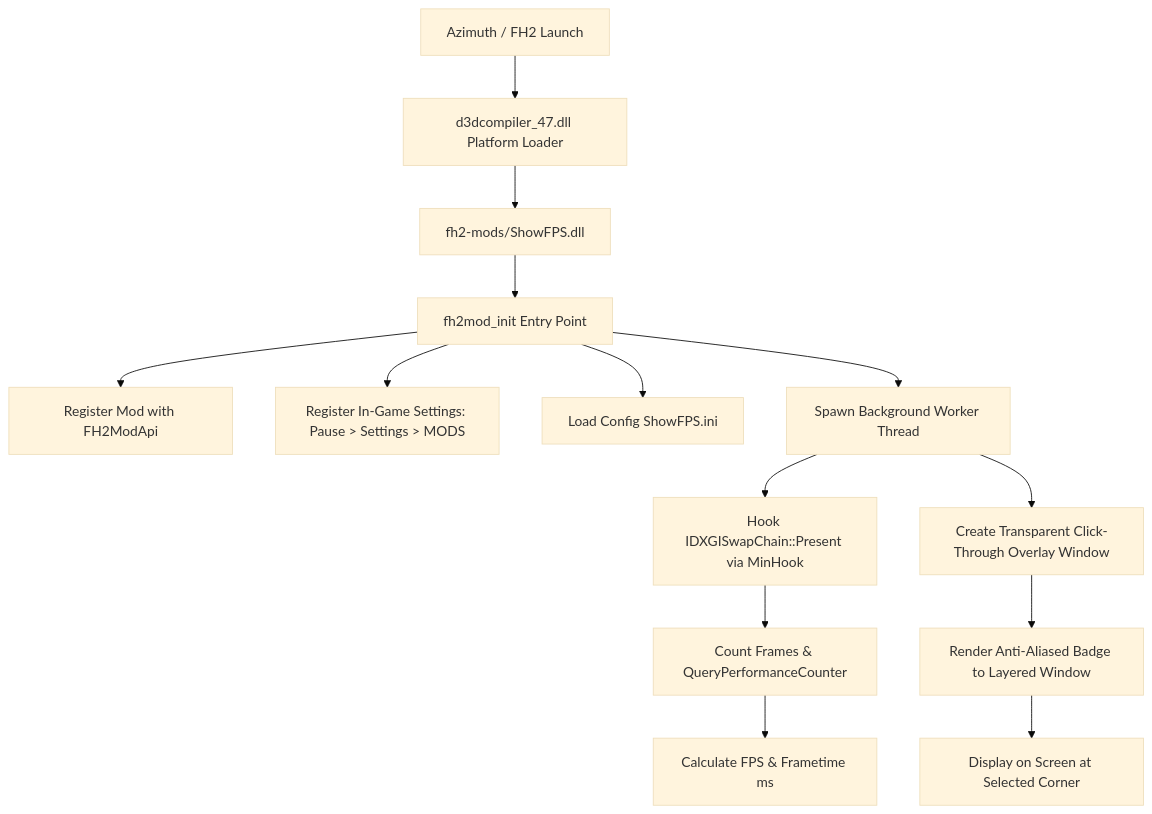
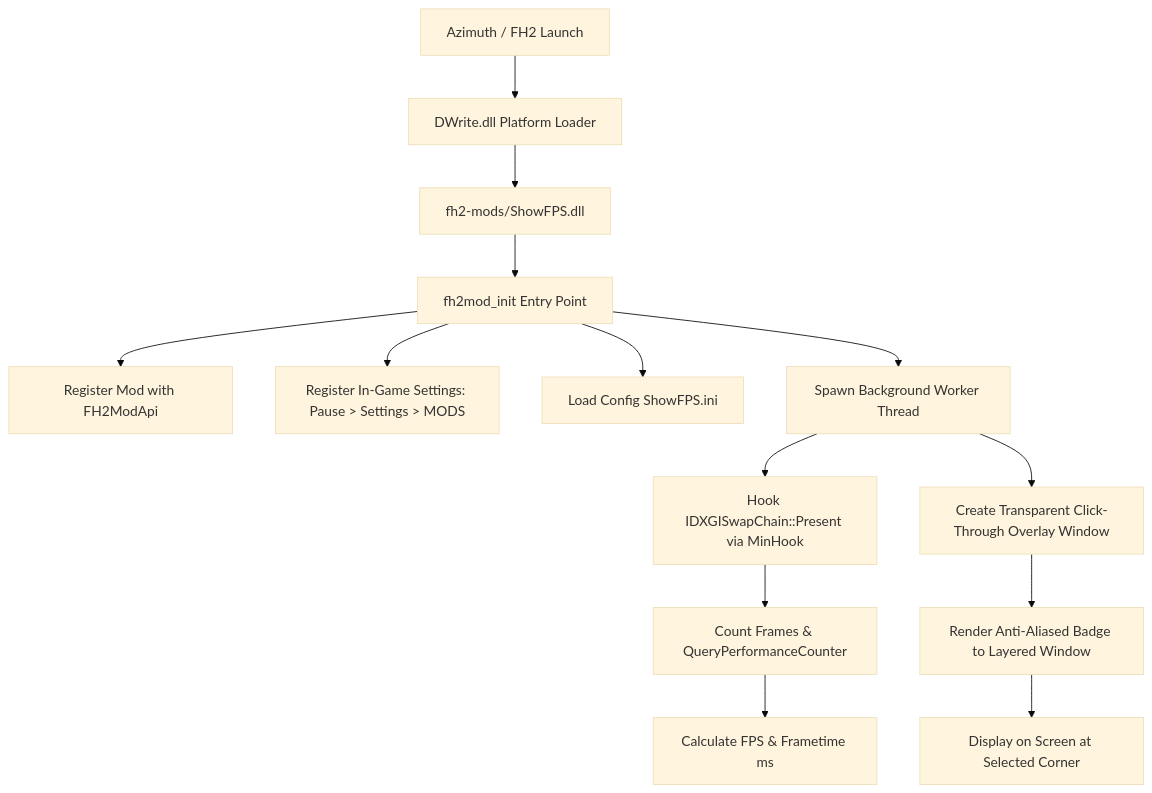
One commit to qiangqiang101/ShowFPS changed the diagram in README.md. Above: the diagram before and after it, drawn with Mermaid (base theme). The commit also changed other lines of this file and 10 other files, not shown here.

````diff
--- a/README.md
+++ b/README.md
@@ -132,16 +132,16 @@
 ```mermaid
 flowchart TD
-    A[Azimuth / FH2 Launch] --> B[d3dcompiler_47.dll Platform Loader]
+    A[Azimuth / FH2 Launch] --> B[DWrite.dll Platform Loader]
     B --> C[fh2-mods/ShowFPS.dll]
     C --> D[fh2mod_init Entry Point]
     D --> E[Register Mod with FH2ModApi]
     D --> F[Register In-Game Settings: Pause > Settings > MODS]
     D --> G[Load Config ShowFPS.ini]
     D --> H[Spawn Background Worker Thread]
     H --> I[Hook IDXGISwapChain::Present via MinHook]
     H --> J[Create Transparent Click-Through Overlay Window]
     I --> K[Count Frames & QueryPerformanceCounter]
     K --> L[Calculate FPS & Frametime ms]
     J --> M[Render Anti-Aliased Badge to Layered Window]
     M --> N[Display on Screen at Selected Corner]
 ```
````
